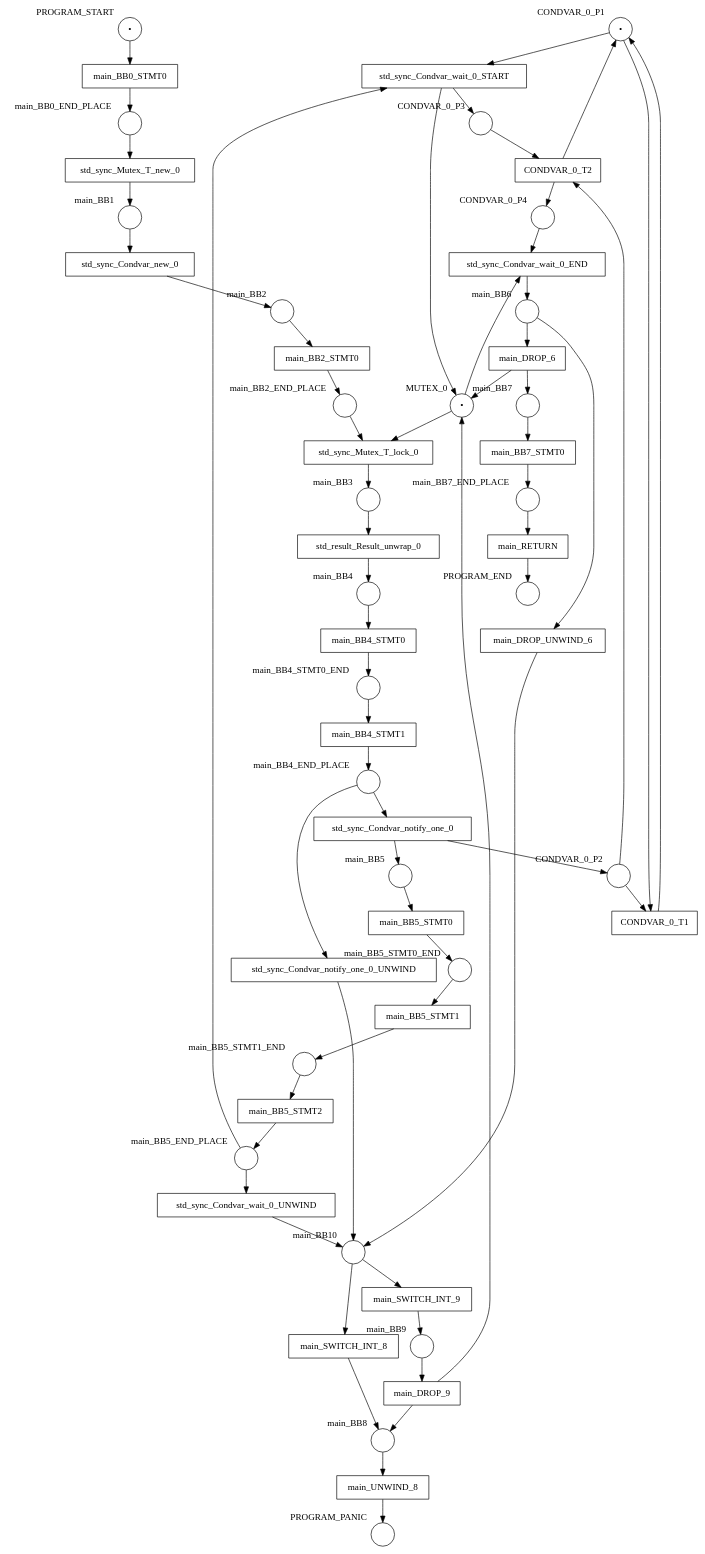
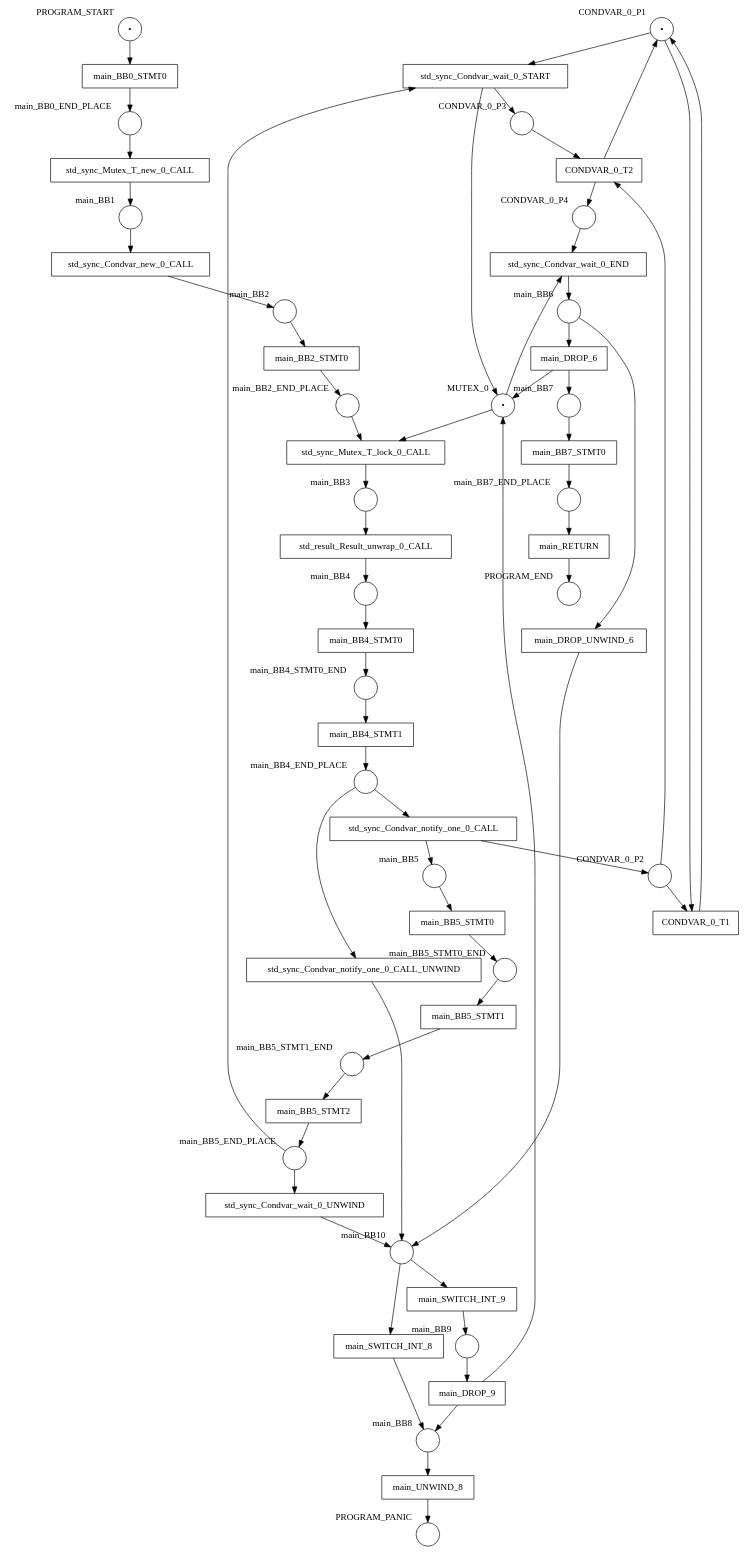
One commit to hlisdero/cargo-check-deadlock changed the diagram in examples/results/condvar/self_notify_lost_signal/net.dot. Above: the diagram before and after it, drawn with Graphviz. The commit also changed 30 other files, not shown here.

```diff
--- a/examples/results/condvar/self_notify_lost_signal/net.dot
+++ b/examples/results/condvar/self_notify_lost_signal/net.dot
@@ -1,116 +1,116 @@
 digraph petrinet {
     CONDVAR_0_P1 [shape="circle" xlabel="CONDVAR_0_P1" label="•"];
     CONDVAR_0_P2 [shape="circle" xlabel="CONDVAR_0_P2" label=""];
     CONDVAR_0_P3 [shape="circle" xlabel="CONDVAR_0_P3" label=""];
     CONDVAR_0_P4 [shape="circle" xlabel="CONDVAR_0_P4" label=""];
     MUTEX_0 [shape="circle" xlabel="MUTEX_0" label="•"];
     PROGRAM_END [shape="circle" xlabel="PROGRAM_END" label=""];
     PROGRAM_PANIC [shape="circle" xlabel="PROGRAM_PANIC" label=""];
     PROGRAM_START [shape="circle" xlabel="PROGRAM_START" label="•"];
     main_BB0_END_PLACE [shape="circle" xlabel="main_BB0_END_PLACE" label=""];
     main_BB1 [shape="circle" xlabel="main_BB1" label=""];
     main_BB10 [shape="circle" xlabel="main_BB10" label=""];
     main_BB2 [shape="circle" xlabel="main_BB2" label=""];
     main_BB2_END_PLACE [shape="circle" xlabel="main_BB2_END_PLACE" label=""];
     main_BB3 [shape="circle" xlabel="main_BB3" label=""];
     main_BB4 [shape="circle" xlabel="main_BB4" label=""];
     main_BB4_END_PLACE [shape="circle" xlabel="main_BB4_END_PLACE" label=""];
     main_BB4_STMT0_END [shape="circle" xlabel="main_BB4_STMT0_END" label=""];
     main_BB5 [shape="circle" xlabel="main_BB5" label=""];
     main_BB5_END_PLACE [shape="circle" xlabel="main_BB5_END_PLACE" label=""];
     main_BB5_STMT0_END [shape="circle" xlabel="main_BB5_STMT0_END" label=""];
     main_BB5_STMT1_END [shape="circle" xlabel="main_BB5_STMT1_END" label=""];
     main_BB6 [shape="circle" xlabel="main_BB6" label=""];
     main_BB7 [shape="circle" xlabel="main_BB7" label=""];
     main_BB7_END_PLACE [shape="circle" xlabel="main_BB7_END_PLACE" label=""];
     main_BB8 [shape="circle" xlabel="main_BB8" label=""];
     main_BB9 [shape="circle" xlabel="main_BB9" label=""];
     CONDVAR_0_T1 [shape="box" xlabel="" label="CONDVAR_0_T1"];
     CONDVAR_0_T2 [shape="box" xlabel="" label="CONDVAR_0_T2"];
     main_BB0_STMT0 [shape="box" xlabel="" label="main_BB0_STMT0"];
     main_BB2_STMT0 [shape="box" xlabel="" label="main_BB2_STMT0"];
     main_BB4_STMT0 [shape="box" xlabel="" label="main_BB4_STMT0"];
     main_BB4_STMT1 [shape="box" xlabel="" label="main_BB4_STMT1"];
     main_BB5_STMT0 [shape="box" xlabel="" label="main_BB5_STMT0"];
     main_BB5_STMT1 [shape="box" xlabel="" label="main_BB5_STMT1"];
     main_BB5_STMT2 [shape="box" xlabel="" label="main_BB5_STMT2"];
     main_BB7_STMT0 [shape="box" xlabel="" label="main_BB7_STMT0"];
     main_DROP_6 [shape="box" xlabel="" label="main_DROP_6"];
     main_DROP_9 [shape="box" xlabel="" label="main_DROP_9"];
     main_DROP_UNWIND_6 [shape="box" xlabel="" label="main_DROP_UNWIND_6"];
     main_RETURN [shape="box" xlabel="" label="main_RETURN"];
     main_SWITCH_INT_8 [shape="box" xlabel="" label="main_SWITCH_INT_8"];
     main_SWITCH_INT_9 [shape="box" xlabel="" label="main_SWITCH_INT_9"];
     main_UNWIND_8 [shape="box" xlabel="" label="main_UNWIND_8"];
-    std_result_Result_unwrap_0 [shape="box" xlabel="" label="std_result_Result_unwrap_0"];
-    std_sync_Condvar_new_0 [shape="box" xlabel="" label="std_sync_Condvar_new_0"];
-    std_sync_Condvar_notify_one_0 [shape="box" xlabel="" label="std_sync_Condvar_notify_one_0"];
-    std_sync_Condvar_notify_one_0_UNWIND [shape="box" xlabel="" label="std_sync_Condvar_notify_one_0_UNWIND"];
+    std_result_Result_unwrap_0_CALL [shape="box" xlabel="" label="std_result_Result_unwrap_0_CALL"];
+    std_sync_Condvar_new_0_CALL [shape="box" xlabel="" label="std_sync_Condvar_new_0_CALL"];
+    std_sync_Condvar_notify_one_0_CALL [shape="box" xlabel="" label="std_sync_Condvar_notify_one_0_CALL"];
+    std_sync_Condvar_notify_one_0_CALL_UNWIND [shape="box" xlabel="" label="std_sync_Condvar_notify_one_0_CALL_UNWIND"];
     std_sync_Condvar_wait_0_END [shape="box" xlabel="" label="std_sync_Condvar_wait_0_END"];
     std_sync_Condvar_wait_0_START [shape="box" xlabel="" label="std_sync_Condvar_wait_0_START"];
     std_sync_Condvar_wait_0_UNWIND [shape="box" xlabel="" label="std_sync_Condvar_wait_0_UNWIND"];
-    std_sync_Mutex_T_lock_0 [shape="box" xlabel="" label="std_sync_Mutex_T_lock_0"];
-    std_sync_Mutex_T_new_0 [shape="box" xlabel="" label="std_sync_Mutex_T_new_0"];
+    std_sync_Mutex_T_lock_0_CALL [shape="box" xlabel="" label="std_sync_Mutex_T_lock_0_CALL"];
+    std_sync_Mutex_T_new_0_CALL [shape="box" xlabel="" label="std_sync_Mutex_T_new_0_CALL"];
     CONDVAR_0_P1 -> CONDVAR_0_T1;
     CONDVAR_0_P1 -> std_sync_Condvar_wait_0_START;
     CONDVAR_0_P2 -> CONDVAR_0_T1;
     CONDVAR_0_P2 -> CONDVAR_0_T2;
     CONDVAR_0_P3 -> CONDVAR_0_T2;
     CONDVAR_0_P4 -> std_sync_Condvar_wait_0_END;
     MUTEX_0 -> std_sync_Condvar_wait_0_END;
-    MUTEX_0 -> std_sync_Mutex_T_lock_0;
+    MUTEX_0 -> std_sync_Mutex_T_lock_0_CALL;
     PROGRAM_START -> main_BB0_STMT0;
-    main_BB0_END_PLACE -> std_sync_Mutex_T_new_0;
-    main_BB1 -> std_sync_Condvar_new_0;
+    main_BB0_END_PLACE -> std_sync_Mutex_T_new_0_CALL;
+    main_BB1 -> std_sync_Condvar_new_0_CALL;
     main_BB10 -> main_SWITCH_INT_8;
     main_BB10 -> main_SWITCH_INT_9;
     main_BB2 -> main_BB2_STMT0;
-    main_BB2_END_PLACE -> std_sync_Mutex_T_lock_0;
-    main_BB3 -> std_result_Result_unwrap_0;
+    main_BB2_END_PLACE -> std_sync_Mutex_T_lock_0_CALL;
+    main_BB3 -> std_result_Result_unwrap_0_CALL;
     main_BB4 -> main_BB4_STMT0;
-    main_BB4_END_PLACE -> std_sync_Condvar_notify_one_0;
-    main_BB4_END_PLACE -> std_sync_Condvar_notify_one_0_UNWIND;
+    main_BB4_END_PLACE -> std_sync_Condvar_notify_one_0_CALL;
+    main_BB4_END_PLACE -> std_sync_Condvar_notify_one_0_CALL_UNWIND;
     main_BB4_STMT0_END -> main_BB4_STMT1;
     main_BB5 -> main_BB5_STMT0;
     main_BB5_END_PLACE -> std_sync_Condvar_wait_0_START;
     main_BB5_END_PLACE -> std_sync_Condvar_wait_0_UNWIND;
     main_BB5_STMT0_END -> main_BB5_STMT1;
     main_BB5_STMT1_END -> main_BB5_STMT2;
     main_BB6 -> main_DROP_6;
     main_BB6 -> main_DROP_UNWIND_6;
     main_BB7 -> main_BB7_STMT0;
     main_BB7_END_PLACE -> main_RETURN;
     main_BB8 -> main_UNWIND_8;
     main_BB9 -> main_DROP_9;
     CONDVAR_0_T1 -> CONDVAR_0_P1;
     CONDVAR_0_T2 -> CONDVAR_0_P1;
     CONDVAR_0_T2 -> CONDVAR_0_P4;
     main_BB0_STMT0 -> main_BB0_END_PLACE;
     main_BB2_STMT0 -> main_BB2_END_PLACE;
     main_BB4_STMT0 -> main_BB4_STMT0_END;
     main_BB4_STMT1 -> main_BB4_END_PLACE;
     main_BB5_STMT0 -> main_BB5_STMT0_END;
     main_BB5_STMT1 -> main_BB5_STMT1_END;
     main_BB5_STMT2 -> main_BB5_END_PLACE;
     main_BB7_STMT0 -> main_BB7_END_PLACE;
     main_DROP_6 -> MUTEX_0;
     main_DROP_6 -> main_BB7;
     main_DROP_9 -> MUTEX_0;
     main_DROP_9 -> main_BB8;
     main_DROP_UNWIND_6 -> main_BB10;
     main_RETURN -> PROGRAM_END;
     main_SWITCH_INT_8 -> main_BB8;
     main_SWITCH_INT_9 -> main_BB9;
     main_UNWIND_8 -> PROGRAM_PANIC;
-    std_result_Result_unwrap_0 -> main_BB4;
-    std_sync_Condvar_new_0 -> main_BB2;
-    std_sync_Condvar_notify_one_0 -> CONDVAR_0_P2;
-    std_sync_Condvar_notify_one_0 -> main_BB5;
-    std_sync_Condvar_notify_one_0_UNWIND -> main_BB10;
+    std_result_Result_unwrap_0_CALL -> main_BB4;
+    std_sync_Condvar_new_0_CALL -> main_BB2;
+    std_sync_Condvar_notify_one_0_CALL -> CONDVAR_0_P2;
+    std_sync_Condvar_notify_one_0_CALL -> main_BB5;
+    std_sync_Condvar_notify_one_0_CALL_UNWIND -> main_BB10;
     std_sync_Condvar_wait_0_END -> main_BB6;
     std_sync_Condvar_wait_0_START -> CONDVAR_0_P3;
     std_sync_Condvar_wait_0_START -> MUTEX_0;
     std_sync_Condvar_wait_0_UNWIND -> main_BB10;
-    std_sync_Mutex_T_lock_0 -> main_BB3;
-    std_sync_Mutex_T_new_0 -> main_BB1;
+    std_sync_Mutex_T_lock_0_CALL -> main_BB3;
+    std_sync_Mutex_T_new_0_CALL -> main_BB1;
 }
```
